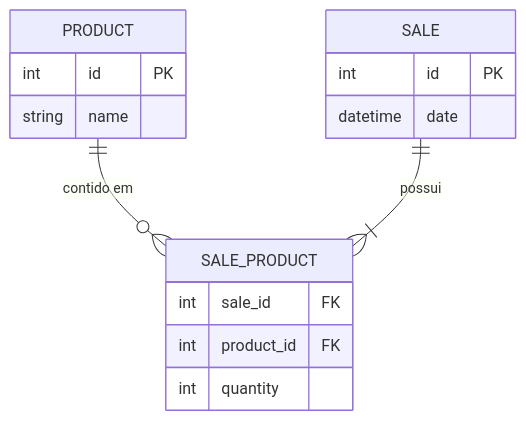
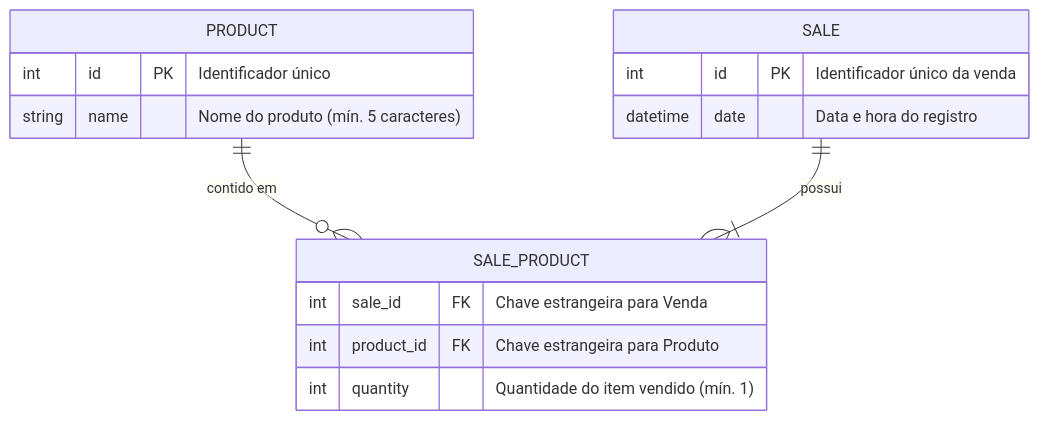
Before and after one commit to ludson96/project-store-manager: the second of 2 diagrams in README.md, drawn with Mermaid. The commit also changed other lines of this file and 2 other files, not shown here.

````diff
--- a/README.md
+++ b/README.md
@@ -32,21 +144,21 @@
 ```mermaid
 erDiagram
     PRODUCT ||--o{ SALE_PRODUCT : "contido em"
     SALE ||--|{ SALE_PRODUCT : "possui"
 
     PRODUCT {
-        int id PK
-        string name
+        int id PK "Identificador único"
+        string name "Nome do produto (mín. 5 caracteres)"
     }
 
     SALE {
-        int id PK
-        datetime date
+        int id PK "Identificador único da venda"
+        datetime date "Data e hora do registro"
     }
 
     SALE_PRODUCT {
-        int sale_id FK
-        int product_id FK
-        int quantity
+        int sale_id FK "Chave estrangeira para Venda"
+        int product_id FK "Chave estrangeira para Produto"
+        int quantity "Quantidade do item vendido (mín. 1)"
     }
 ```
````
